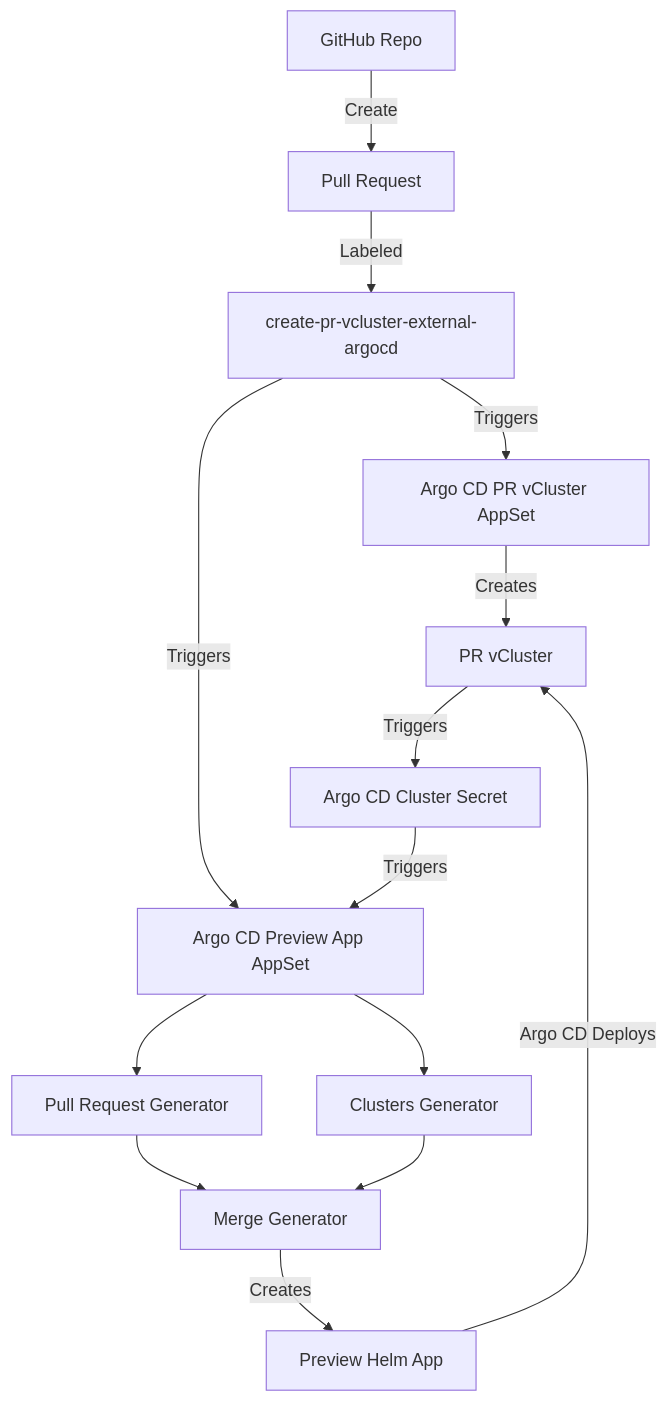
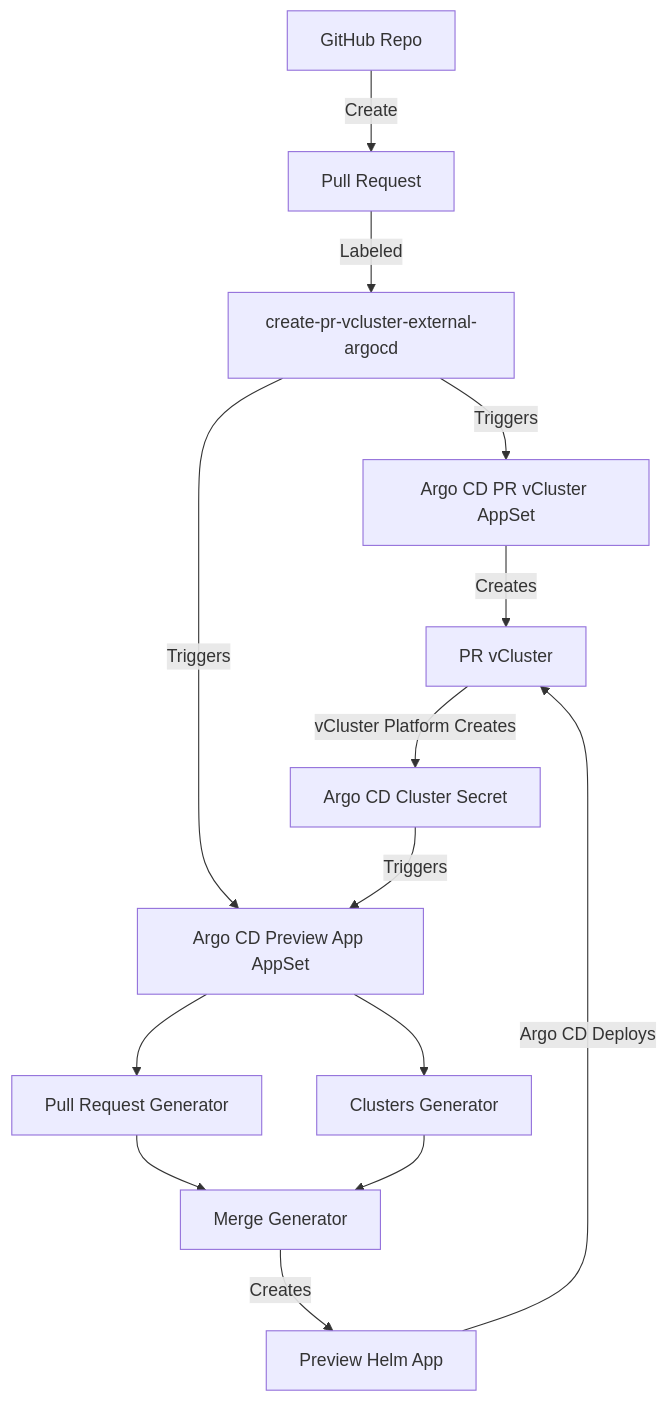
The diagram in vcluster-gitops/argocd/pr-environments/pr-vCluster-external-argo-flow.md (loft-demos/vcluster-platform-demo-app-template), drawn with Mermaid before and after one commit.

````diff
--- a/vcluster-gitops/argocd/pr-environments/pr-vCluster-external-argo-flow.md
+++ b/vcluster-gitops/argocd/pr-environments/pr-vCluster-external-argo-flow.md
@@ -3,19 +3,19 @@
 ```mermaid
 ---
 config:
   look: classic
 ---
 flowchart TD
     A["GitHub Repo"] -->| Create | B["Pull Request"] -->| Labeled | L[create-pr-vcluster-external-argocd] 
     L -->| Triggers | C["Argo CD PR vCluster AppSet"]
     C -->| Creates | V["PR vCluster"]
-    V --> | Triggers |CS["Argo CD Cluster Secret"]
+    V --> | vCluster Platform Creates |CS["Argo CD Cluster Secret"]
     L --> | Triggers |AS["Argo CD Preview App AppSet"]
     CS --> | Triggers |AS["Argo CD Preview App AppSet"]
     AS --> MP["Pull Request Generator"]
     AS --> MC["Clusters Generator"]
     MP --> MG["Merge Generator"]
     MC --> MG["Merge Generator"]
     MG -->| Creates | APP["Preview Helm App"]
     APP --> | Argo CD Deploys | V
 ```
````
